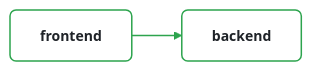
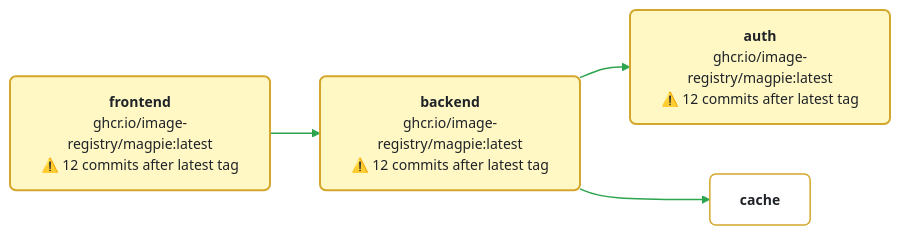
The diagram in README.md (nithyatsu/prototype-enhanced), drawn with Mermaid before and after one commit. The commit also changed 2 other files, not shown here.

````diff
--- a/README.md
+++ b/README.md
@@ -19,13 +19,22 @@
 ```mermaid
 %%{ init: { 'theme': 'base', 'themeVariables': { 'primaryColor': '#ffffff', 'primaryTextColor': '#1f2328', 'primaryBorderColor': '#d1d9e0', 'lineColor': '#2da44e', 'secondaryColor': '#f6f8fa', 'tertiaryColor': '#ffffff', 'background': '#ffffff', 'mainBkg': '#ffffff', 'nodeBorder': '#d1d9e0', 'clusterBkg': '#f6f8fa', 'clusterBorder': '#d1d9e0', 'fontSize': '14px', 'fontFamily': '-apple-system, BlinkMacSystemFont, Segoe UI, Noto Sans, Helvetica, Arial, sans-serif' } } }%%
 graph LR
     classDef container fill:#ffffff,stroke:#2da44e,stroke-width:1.5px,color:#1f2328,rx:6,ry:6
+    classDef stale fill:#fff8c5,stroke:#d4a72c,stroke-width:2px,color:#1f2328,rx:6,ry:6
     classDef datastore fill:#ffffff,stroke:#d4a72c,stroke-width:1.5px,color:#1f2328,rx:6,ry:6
     classDef other fill:#ffffff,stroke:#d1d9e0,stroke-width:1.5px,color:#1f2328,rx:6,ry:6
-    backend["<b>backend</b>"]:::container
-    frontend["<b>frontend</b>"]:::container
+    frontend["<b>frontend</b><br/><span style='color:#656d76'>ghcr.io/image-registry/magpie:latest</span><br/><span style='color:#d4a72c'>⚠️ 12 commits after latest tag</span>"]:::stale
+    backend["<b>backend</b><br/><span style='color:#656d76'>ghcr.io/image-registry/magpie:latest</span><br/><span style='color:#d4a72c'>⚠️ 12 commits after latest tag</span>"]:::stale
+    auth["<b>auth</b><br/><span style='color:#656d76'>ghcr.io/image-registry/magpie:latest</span><br/><span style='color:#d4a72c'>⚠️ 12 commits after latest tag</span>"]:::stale
+    cache["<b>cache</b>"]:::datastore
     frontend --> backend
-    click backend href "https://github.com/nithyatsu/prototype/blob/main/app.bicep#L50" "app.bicep:50" _blank
-    click frontend href "https://github.com/nithyatsu/prototype/blob/main/app.bicep#L23" "app.bicep:23" _blank
+    backend --> auth
+    backend --> cache
+    click frontend href "https://github.com/nithyatsu/prototype-enhanced/blob/main/app.bicep#L23" "frontend — app.bicep:23" _blank
+    click backend href "https://github.com/nithyatsu/prototype-enhanced/blob/main/app.bicep#L50" "backend — app.bicep:50" _blank
+    click auth href "https://github.com/nithyatsu/prototype-enhanced/blob/main/app.bicep#L82" "auth — app.bicep:82" _blank
+    click cache href "https://github.com/nithyatsu/prototype-enhanced/blob/main/app.bicep#L100" "cache — app.bicep:100" _blank
     linkStyle 0 stroke:#2da44e,stroke-width:1.5px
+    linkStyle 1 stroke:#2da44e,stroke-width:1.5px
+    linkStyle 2 stroke:#2da44e,stroke-width:1.5px
 ```
````
